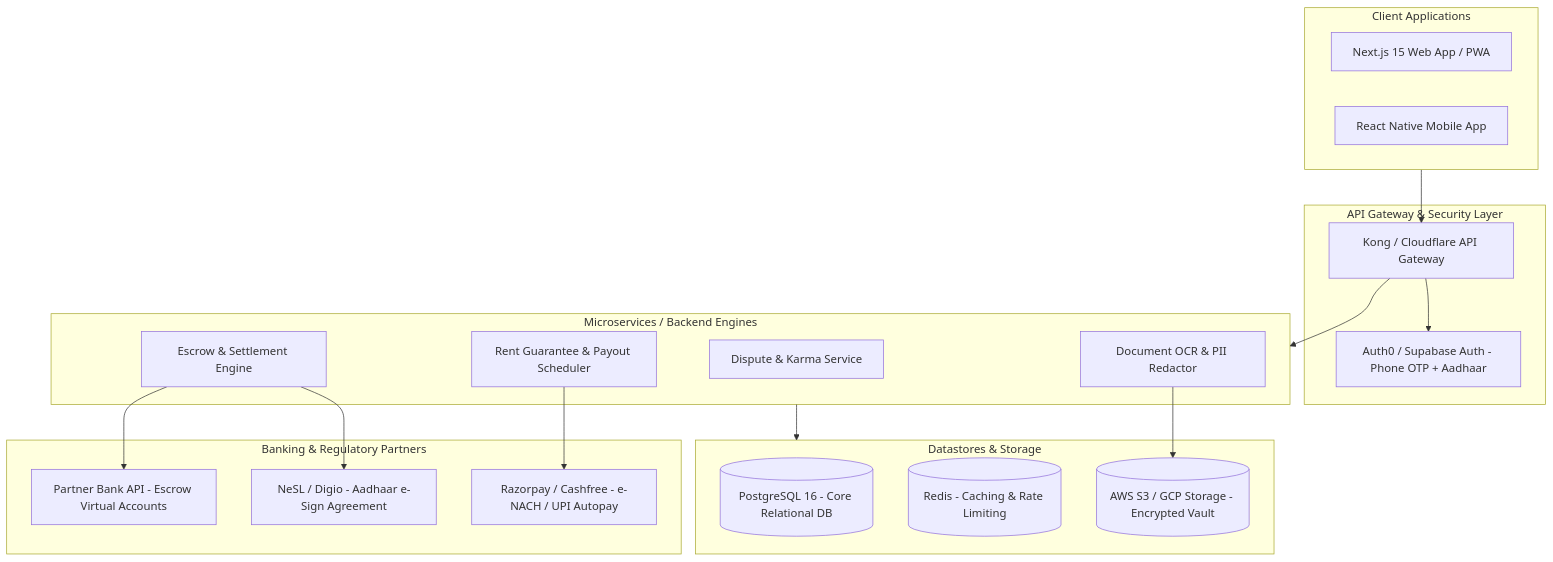
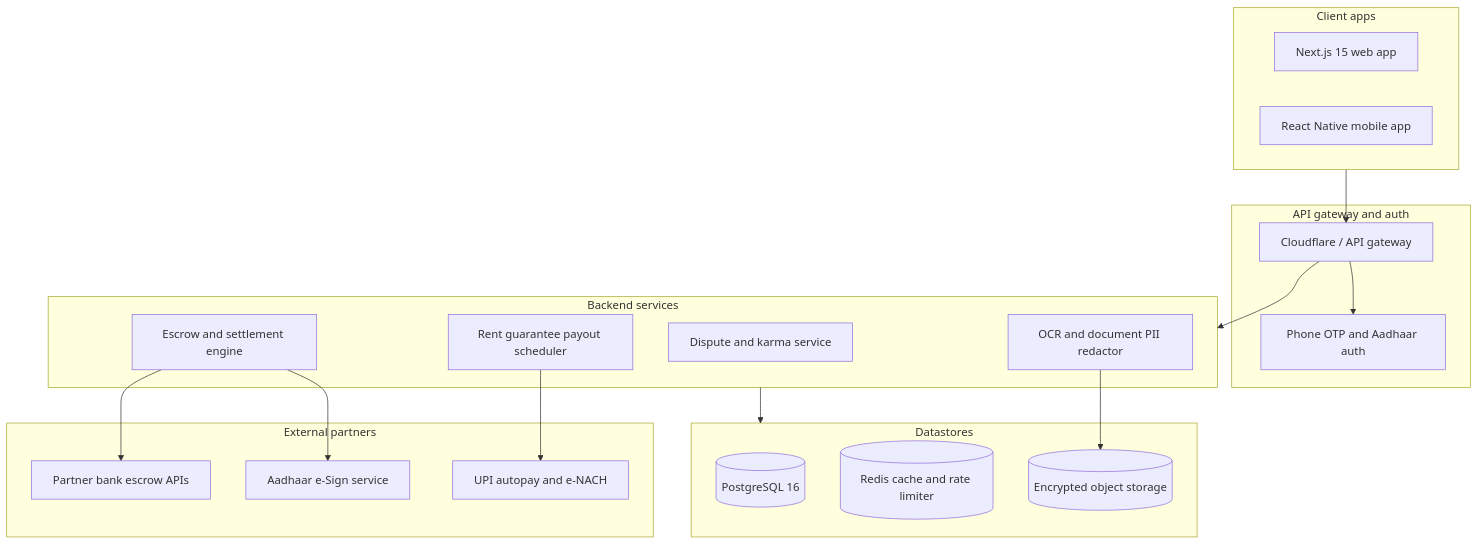
Before and after one commit to its-debojyoti-dey/rental-escrow-platform: the diagram in README.md, drawn with Mermaid. The commit also changed other lines of this file and 1 other file, not shown here.

````diff
--- a/README.md
+++ b/README.md
@@ -75,40 +63,40 @@
 ```mermaid
 graph TB
-    subgraph Client_Applications [Client Applications]
-        WebPortal[Next.js 15 Web App / PWA]
-        MobileApp[React Native Mobile App]
+    subgraph Client_Applications [Client apps]
+        WebPortal[Next.js 15 web app]
+        MobileApp[React Native mobile app]
     end
 
-    subgraph API_Gateway [API Gateway & Security Layer]
-        Gateway[Kong / Cloudflare API Gateway]
-        AuthService[Auth0 / Supabase Auth - Phone OTP + Aadhaar]
+    subgraph API_Gateway [API gateway and auth]
+        Gateway[Cloudflare / API gateway]
+        AuthService[Phone OTP and Aadhaar auth]
     end
 
-    subgraph Core_Services [Microservices / Backend Engines]
-        DisputeService[Dispute & Karma Service]
-        EscrowEngine[Escrow & Settlement Engine]
-        RentGuarantor[Rent Guarantee & Payout Scheduler]
-        MediaPipeline[Document OCR & PII Redactor]
+    subgraph Core_Services [Backend services]
+        DisputeService[Dispute and karma service]
+        EscrowEngine[Escrow and settlement engine]
+        RentGuarantor[Rent guarantee payout scheduler]
+        MediaPipeline[OCR and document PII redactor]
     end
 
-    subgraph Data_Stores [Datastores & Storage]
-        PostgreSQL[(PostgreSQL 16 - Core Relational DB)]
-        RedisCache[(Redis - Caching & Rate Limiting)]
-        S3Bucket[(AWS S3 / GCP Storage - Encrypted Vault)]
+    subgraph Data_Stores [Datastores]
+        PostgreSQL[(PostgreSQL 16)]
+        RedisCache[(Redis cache and rate limiter)]
+        S3Bucket[(Encrypted object storage)]
     end
 
-    subgraph External_Integrations [Banking & Regulatory Partners]
-        TrusteeBank[Partner Bank API - Escrow Virtual Accounts]
-        NeSL[NeSL / Digio - Aadhaar e-Sign Agreement]
-        PaymentGateway[Razorpay / Cashfree - e-NACH / UPI Autopay]
+    subgraph External_Integrations [External partners]
+        TrusteeBank[Partner bank escrow APIs]
+        NeSL[Aadhaar e-Sign service]
+        PaymentGateway[UPI autopay and e-NACH]
     end
 
     Client_Applications --> Gateway
     Gateway --> AuthService
     Gateway --> Core_Services
     Core_Services --> Data_Stores
     EscrowEngine --> TrusteeBank
     EscrowEngine --> NeSL
     RentGuarantor --> PaymentGateway
     MediaPipeline --> S3Bucket
 ```
````
